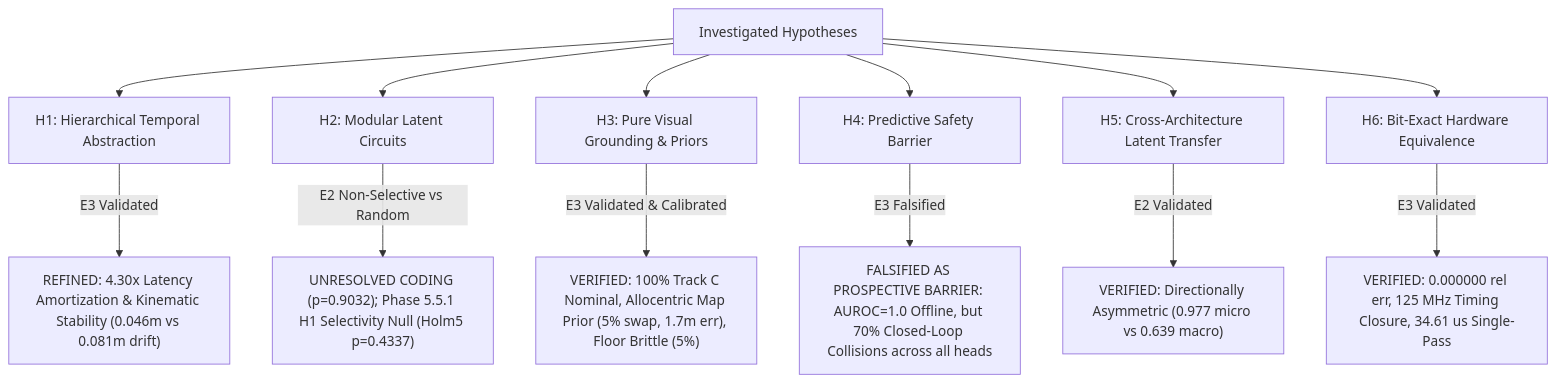
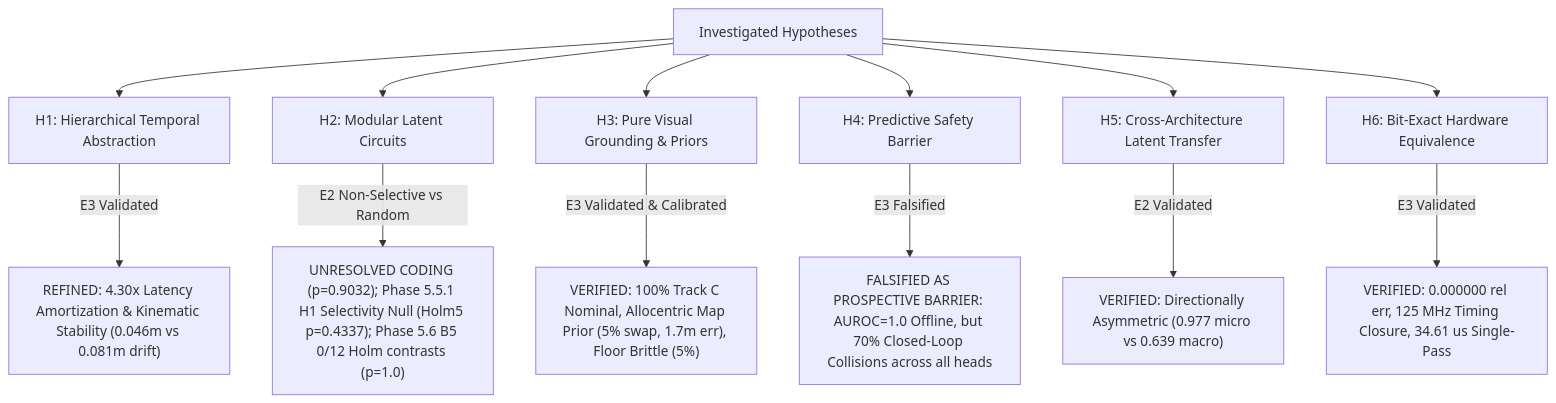
The diagram in research/reports/claims_ledger.md (BrianHadianSTEI23/project-haphaestus), drawn with Mermaid before and after one commit. The commit also changed other lines of this file and 12 other files, not shown here.

````diff
--- a/research/reports/claims_ledger.md
+++ b/research/reports/claims_ledger.md
@@ -143,16 +143,16 @@
 ```mermaid
 flowchart TD
     A["Investigated Hypotheses"] --> H1["H1: Hierarchical Temporal Abstraction"]
     A --> H2["H2: Modular Latent Circuits"]
     A --> H3["H3: Pure Visual Grounding & Priors"]
     A --> H4["H4: Predictive Safety Barrier"]
     A --> H5["H5: Cross-Architecture Latent Transfer"]
     A --> H6["H6: Bit-Exact Hardware Equivalence"]
 
     H1 -->|E3 Validated| V1["REFINED: 4.30x Latency Amortization & Kinematic Stability (0.046m vs 0.081m drift)"]
-    H2 -->|E2 Non-Selective vs Random| R2["UNRESOLVED CODING (p=0.9032); Phase 5.5.1 H1 Selectivity Null (Holm5 p=0.4337)"]
+    H2 -->|E2 Non-Selective vs Random| R2["UNRESOLVED CODING (p=0.9032); Phase 5.5.1 H1 Selectivity Null (Holm5 p=0.4337); Phase 5.6 B5 0/12 Holm contrasts (p=1.0)"]
     H3 -->|E3 Validated & Calibrated| V3["VERIFIED: 100% Track C Nominal, Allocentric Map Prior (5% swap, 1.7m err), Floor Brittle (5%)"]
     H4 -->|E3 Falsified| R4["FALSIFIED AS PROSPECTIVE BARRIER: AUROC=1.0 Offline, but 70% Closed-Loop Collisions across all heads"]
     H5 -->|E2 Validated| V5["VERIFIED: Directionally Asymmetric (0.977 micro vs 0.639 macro)"]
     H6 -->|E3 Validated| V6["VERIFIED: 0.000000 rel err, 125 MHz Timing Closure, 34.61 us Single-Pass"]
 ```
````
